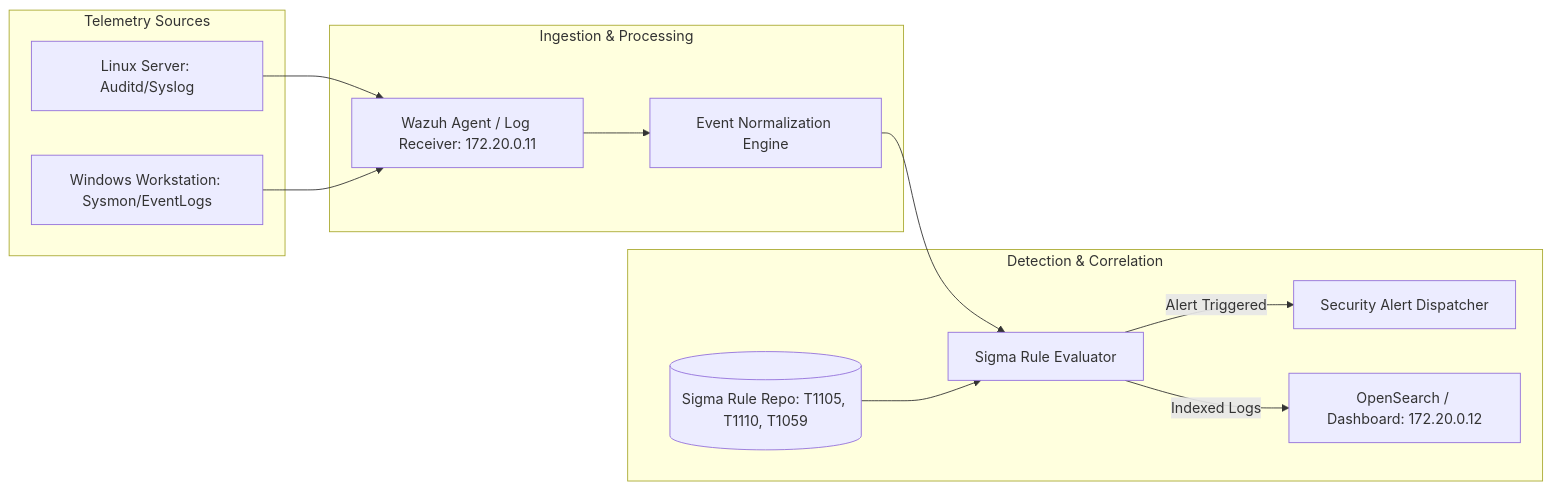
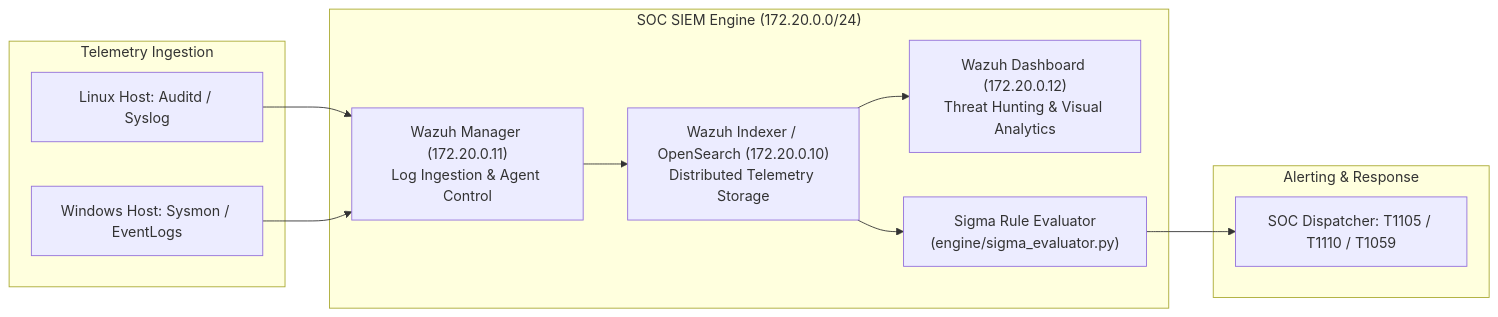
The diagram in README.md (toprakahmetaydogmus/02-soc-siem-detection-pipeline), drawn with Mermaid before and after one commit. The commit also changed other lines of this file, not shown here.

````diff
--- a/README.md
+++ b/README.md
@@ -19,21 +20,25 @@
 ```mermaid
 graph LR
-    subgraph Telemetry Sources
-        Host1[Linux Server: Auditd/Syslog]
-        Host2[Windows Workstation: Sysmon/EventLogs]
+    subgraph "Telemetry Ingestion"
+        Agent1["Linux Host: Auditd / Syslog"]
+        Agent2["Windows Host: Sysmon / EventLogs"]
     end
 
-    subgraph Ingestion & Processing
-        Ingest[Wazuh Agent / Log Receiver: 172.20.0.11] --> Normalizer[Event Normalization Engine]
+    subgraph "SOC SIEM Engine (172.20.0.0/24)"
+        Wazuh["Wazuh Manager (172.20.0.11)<br/>Log Ingestion & Agent Control"]
+        Indexer["Wazuh Indexer / OpenSearch (172.20.0.10)<br/>Distributed Telemetry Storage"]
+        Dashboard["Wazuh Dashboard (172.20.0.12)<br/>Threat Hunting & Visual Analytics"]
+        SigmaEngine["Sigma Rule Evaluator<br/>(engine/sigma_evaluator.py)"]
     end
 
-    subgraph Detection & Correlation
-        Normalizer --> SigmaEngine[Sigma Rule Evaluator]
-        Rules[(Sigma Rule Repo: T1105, T1110, T1059)] --> SigmaEngine
-        SigmaEngine -->|Alert Triggered| AlertBus[Security Alert Dispatcher]
-        SigmaEngine -->|Indexed Logs| OpenSearch[OpenSearch / Dashboard: 172.20.0.12]
+    subgraph "Alerting & Response"
+        Alerts["SOC Dispatcher: T1105 / T1110 / T1059"]
     end
 
-    Host1 --> Ingest
-    Host2 --> Ingest
+    Agent1 --> Wazuh
+    Agent2 --> Wazuh
+    Wazuh --> Indexer
+    Indexer --> Dashboard
+    Indexer --> SigmaEngine
+    SigmaEngine --> Alerts
 ```
````
